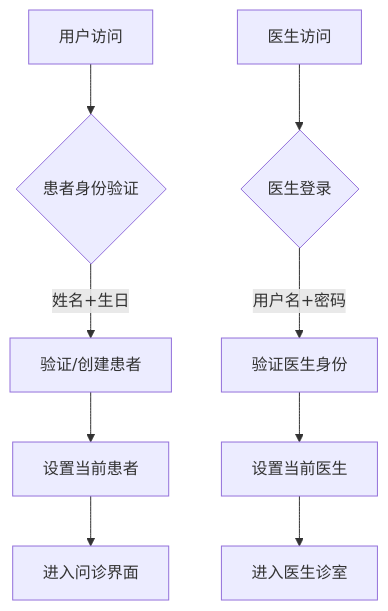
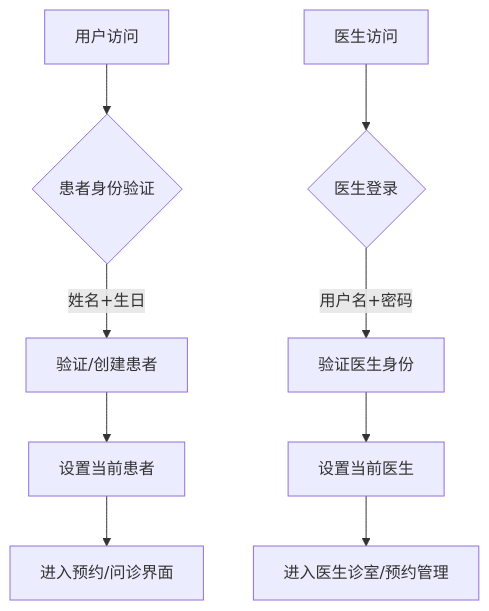
One commit to vibecodingshow/qa-live-healthcare changed the second of 4 diagrams in .asdm/contexts/data-models.md. Above: the diagram before and after it, drawn with Mermaid. The commit also changed other lines of this file and 6 other files, not shown here.

````diff
--- a/.asdm/contexts/data-models.md
+++ b/.asdm/contexts/data-models.md
@@ -145,12 +287,12 @@
 ```mermaid
 flowchart TD
     A[用户访问] --> B{患者身份验证}
     B -->|姓名+生日| C[验证/创建患者]
     C --> D[设置当前患者]
-    D --> E[进入问诊界面]
+    D --> E[进入预约/问诊界面]
     
     F[医生访问] --> G{医生登录}
     G -->|用户名+密码| H[验证医生身份]
     H --> I[设置当前医生]
-    I --> J[进入医生诊室]
+    I --> J[进入医生诊室/预约管理]
 ```
````
